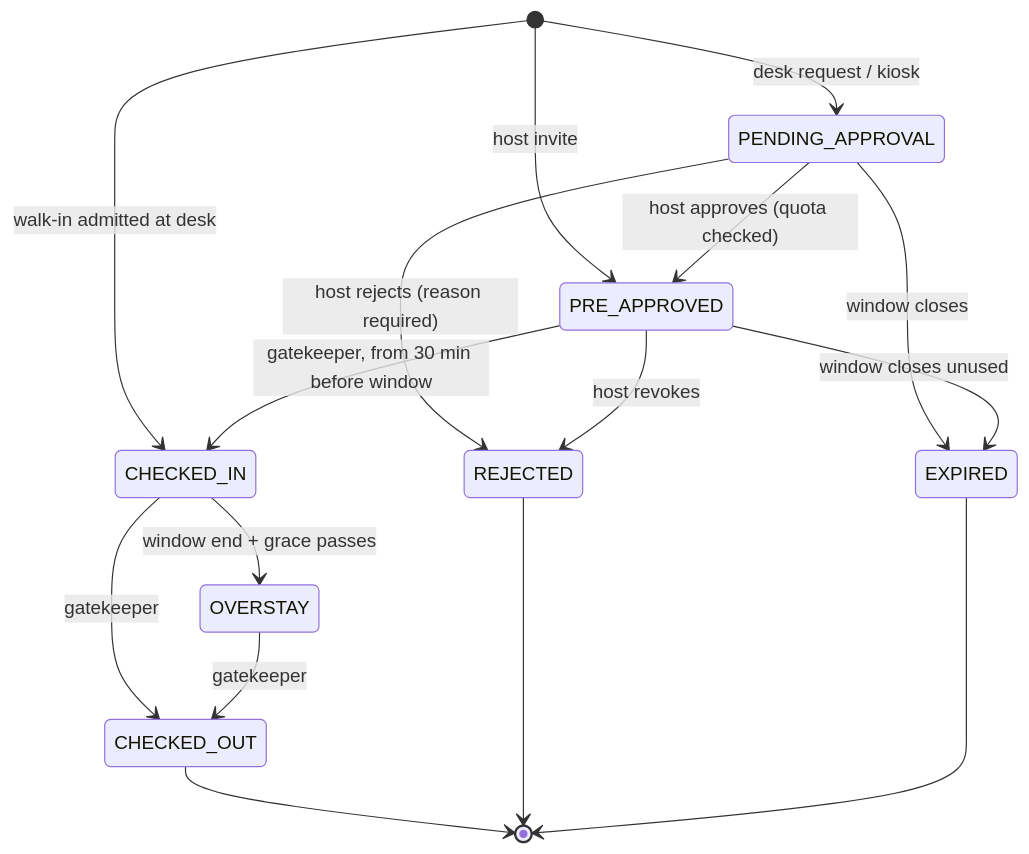
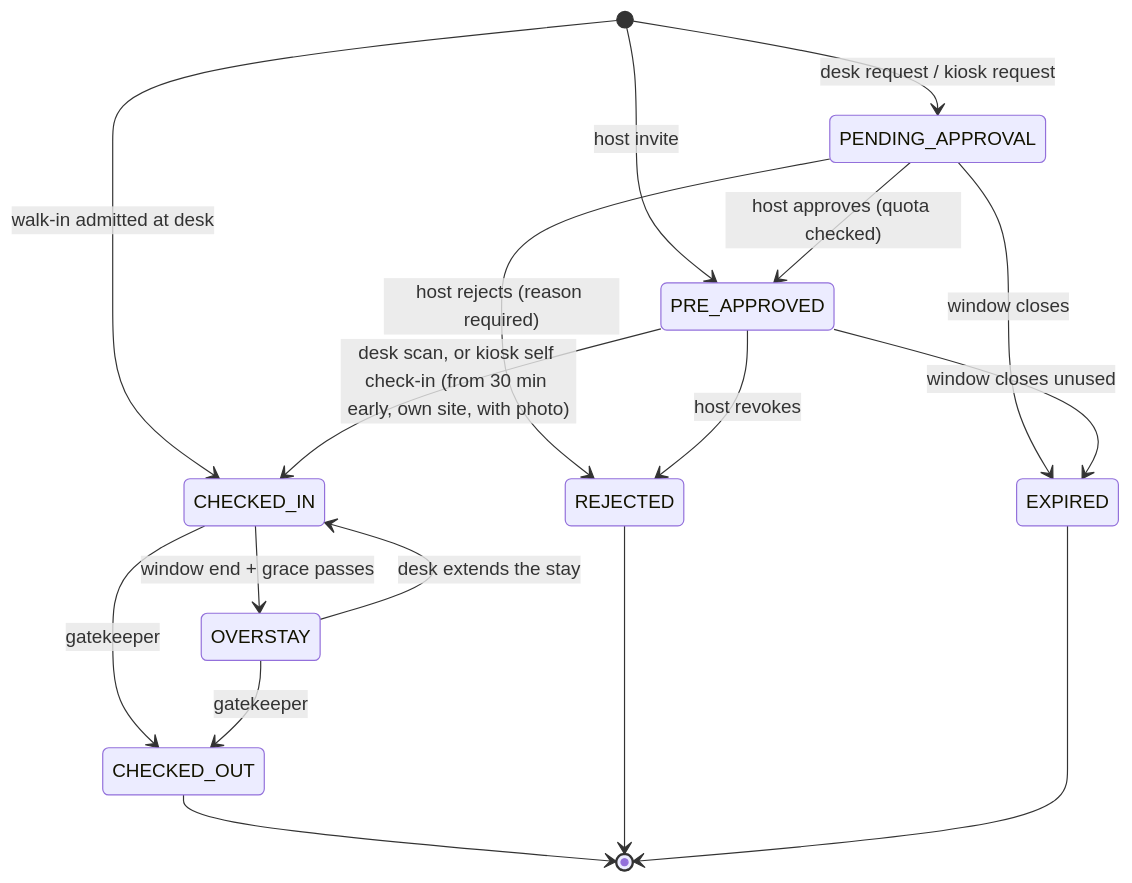
One commit to Ayush-Gupta-0212/Visitor_Management_System changed the third of 3 diagrams in ARCHITECTURE.md. Above: the diagram before and after it, drawn with Mermaid. The commit also changed other lines of this file and 62 other files, not shown here.

````diff
--- a/ARCHITECTURE.md
+++ b/ARCHITECTURE.md
@@ -137,22 +170,23 @@
 ```mermaid
 stateDiagram-v2
-    [*] --> PENDING_APPROVAL: desk request / kiosk
+    [*] --> PENDING_APPROVAL: desk request / kiosk request
     [*] --> PRE_APPROVED: host invite
     [*] --> CHECKED_IN: walk-in admitted at desk
 
     PENDING_APPROVAL --> PRE_APPROVED: host approves (quota checked)
     PENDING_APPROVAL --> REJECTED: host rejects (reason required)
     PENDING_APPROVAL --> EXPIRED: window closes
 
-    PRE_APPROVED --> CHECKED_IN: gatekeeper, from 30 min before window
+    PRE_APPROVED --> CHECKED_IN: desk scan, or kiosk self check-in (from 30 min early, own site, with photo)
     PRE_APPROVED --> REJECTED: host revokes
     PRE_APPROVED --> EXPIRED: window closes unused
 
     CHECKED_IN --> OVERSTAY: window end + grace passes
+    OVERSTAY --> CHECKED_IN: desk extends the stay
     CHECKED_IN --> CHECKED_OUT: gatekeeper
     OVERSTAY --> CHECKED_OUT: gatekeeper
 
     CHECKED_OUT --> [*]
     REJECTED --> [*]
     EXPIRED --> [*]
 ```
````
